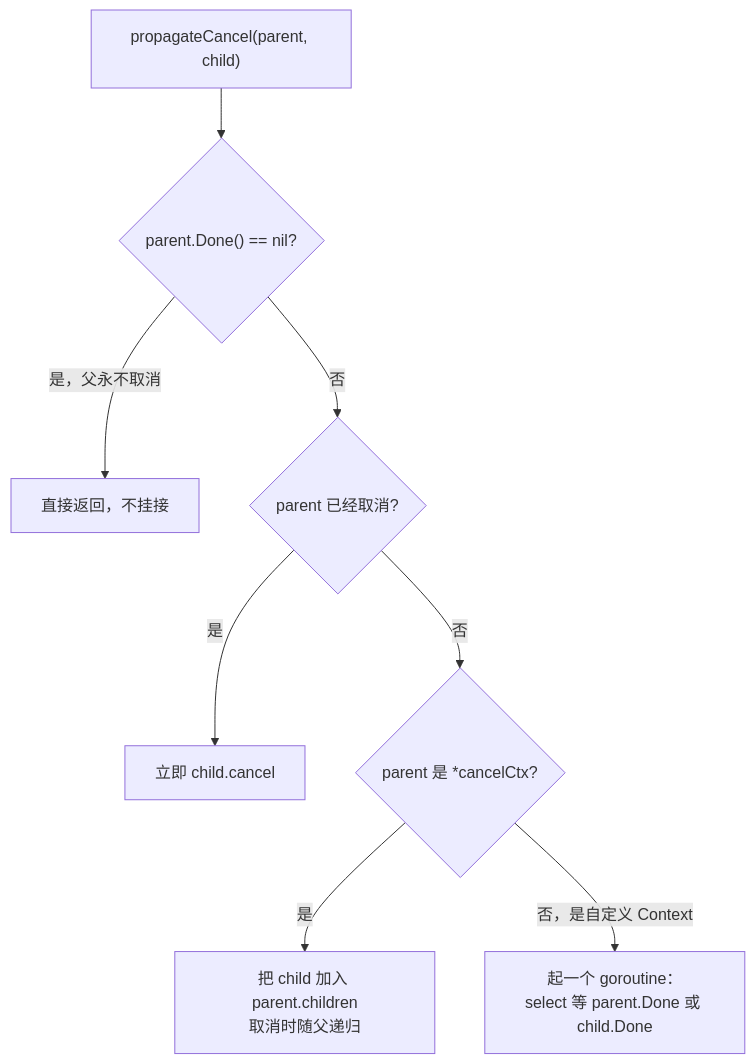
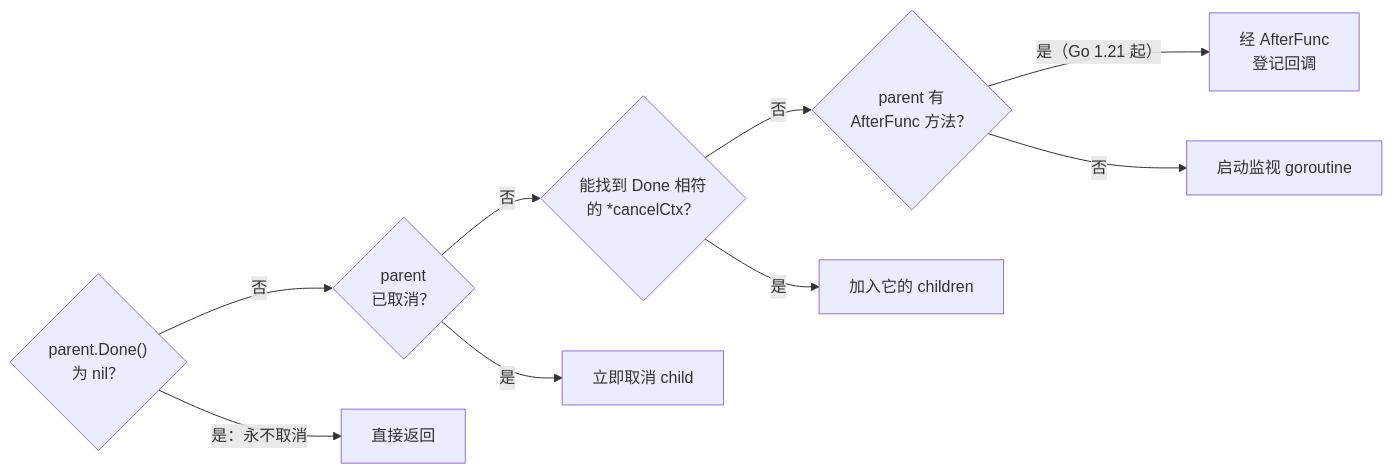
One commit to golang-design/under-the-hood changed the first of 2 diagrams in book/zh-cn/part3concurrency/ch11sync/context.md. Above: the diagram before and after it, drawn with Mermaid. The commit also changed other lines of this file and 9 other files, not shown here.

````diff
--- a/book/zh-cn/part3concurrency/ch11sync/context.md
+++ b/book/zh-cn/part3concurrency/ch11sync/context.md
@@ -144,10 +208,11 @@
 ```mermaid
-flowchart TD
-    P["propagateCancel(parent, child)"] --> Q{"parent.Done() == nil?"}
-    Q -->|"是，父永不取消"| R["直接返回，不挂接"]
-    Q -->|否| S{"parent 已经取消?"}
-    S -->|是| T["立即 child.cancel"]
-    S -->|否| U{"parent 是 *cancelCtx?"}
-    U -->|是| V["把 child 加入 parent.children<br/>取消时随父递归"]
-    U -->|"否，是自定义 Context"| W["起一个 goroutine：<br/>select 等 parent.Done 或 child.Done"]
+flowchart LR
+    Q{"parent.Done()<br/>为 nil？"} -->|否| S{"parent<br/>已取消？"}
+    S -->|否| U{"能找到 Done 相符<br/>的 *cancelCtx？"}
+    U -->|否| W{"parent 有<br/>AfterFunc 方法？"}
+    Q -->|"是：永不取消"| R["直接返回"]
+    S -->|是| T["立即取消 child"]
+    U -->|是| V["加入它的 children"]
+    W -->|"是（Go 1.21 起）"| X["经 AfterFunc<br/>登记回调"]
+    W -->|否| Y["启动监视 goroutine"]
 ```
````
